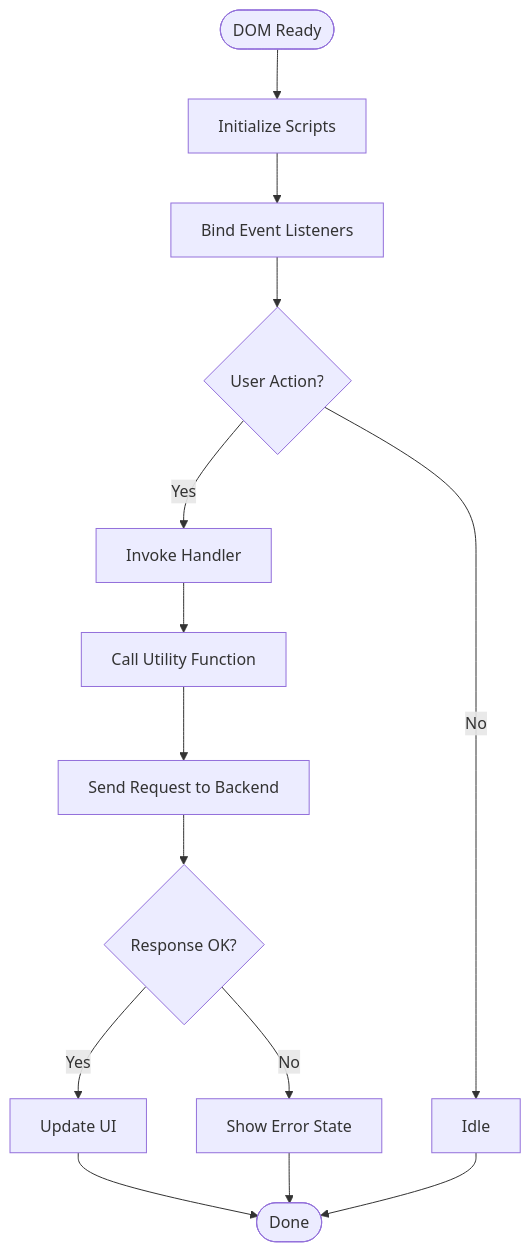
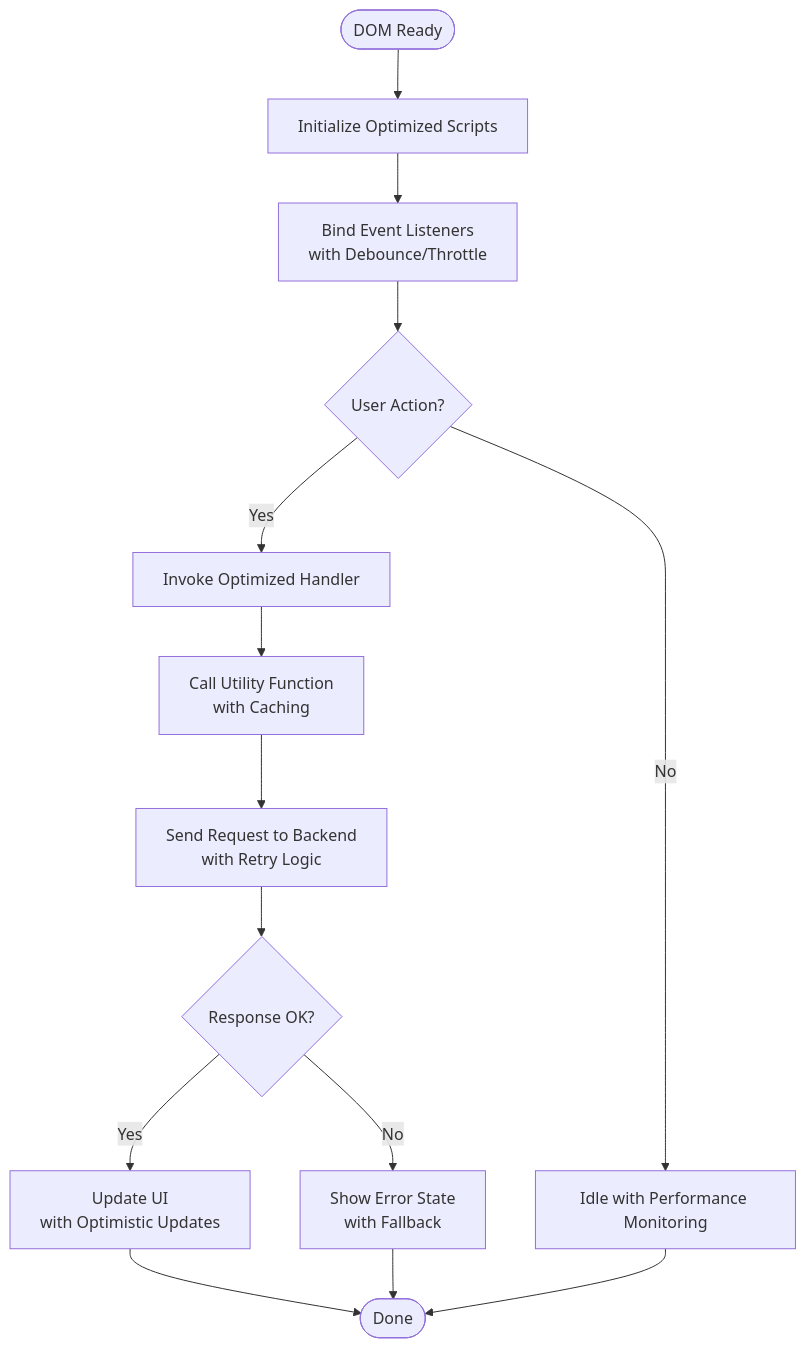
Before and after one commit to Dunstun2/GeniusMind-Home-Schooling: the fifth of 8 diagrams in .qoder/repowiki/en/content/Frontend Architecture/Frontend Architecture.md, drawn with Mermaid. The commit also changed other lines of this file and 42 other files, not shown here.

````diff
--- a/.qoder/repowiki/en/content/Frontend Architecture/Frontend Architecture.md
+++ b/.qoder/repowiki/en/content/Frontend Architecture/Frontend Architecture.md
@@ -324,16 +345,16 @@
 ```mermaid
 flowchart TD
-Start(["DOM Ready"]) --> Init["Initialize Scripts"]
-Init --> Events["Bind Event Listeners"]
+Start(["DOM Ready"]) --> Init["Initialize Optimized Scripts"]
+Init --> Events["Bind Event Listeners<br/>with Debounce/Throttle"]
 Events --> Click{"User Action?"}
-Click --> |Yes| Handler["Invoke Handler"]
-Handler --> Util["Call Utility Function"]
-Util --> API["Send Request to Backend"]
+Click --> |Yes| Handler["Invoke Optimized Handler"]
+Handler --> Util["Call Utility Function<br/>with Caching"]
+Util --> API["Send Request to Backend<br/>with Retry Logic"]
 API --> Response{"Response OK?"}
-Response --> |Yes| UpdateUI["Update UI"]
-Response --> |No| ShowError["Show Error State"]
-Click --> |No| Idle["Idle"]
+Response --> |Yes| UpdateUI["Update UI<br/>with Optimistic Updates"]
+Response --> |No| ShowError["Show Error State<br/>with Fallback"]
+Click --> |No| Idle["Idle with Performance Monitoring"]
 UpdateUI --> End(["Done"])
 ShowError --> End
 Idle --> End
 ```
````
